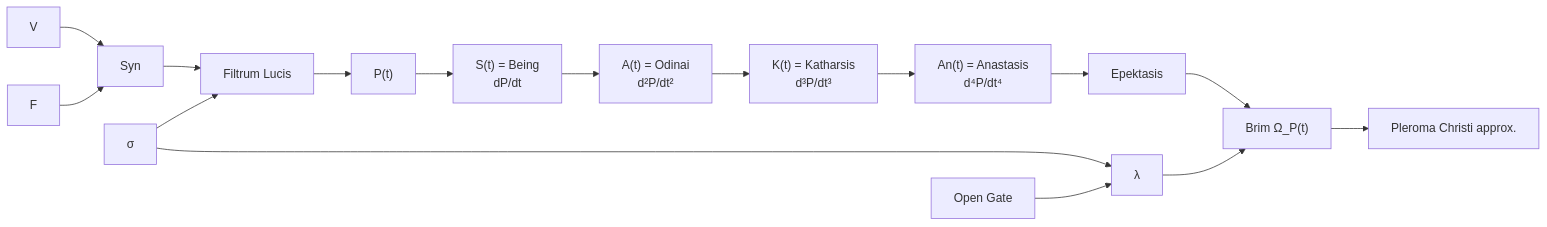
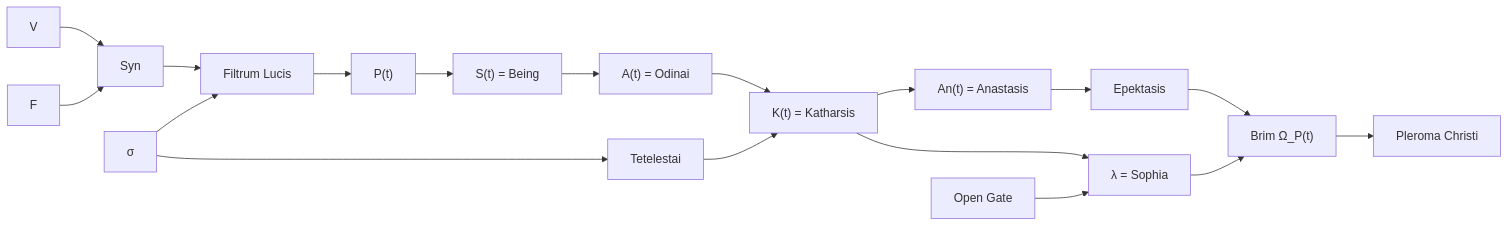
One commit to grunmax/avequ changed the diagram in README.md. Above: the diagram before and after it, drawn with Mermaid.

Commit message:
readme fix

````diff
--- a/README.md
+++ b/README.md
@@ -25,18 +25,23 @@
 ```mermaid
 flowchart LR
     V["V"] --> SY["Syn"]
     F["F"] --> SY
     SY --> FL["Filtrum Lucis"]
     R["σ"] --> FL
-    R --> L["λ"]
-    G["Open Gate"] --> L
+
     FL --> P["P(t)"]
-    P --> S["S(t) = Being<br/>dP/dt"]
-    S --> A["A(t) = Odinai<br/>d²P/dt²"]
-    A --> K["K(t) = Katharsis<br/>d³P/dt³"]
-    K --> AN["An(t) = Anastasis<br/>d⁴P/dt⁴"]
+    P --> S["S(t) = Being"]
+    S --> A["A(t) = Odinai"]
+    A --> K["K(t) = Katharsis"]
+    K --> AN["An(t) = Anastasis"]
     AN --> E["Epektasis"]
     E --> B["Brim Ω_P(t)"]
-    B --> PC["Pleroma Christi approx."]
+    B --> PC["Pleroma Christi"]
+
+    R --> T["Tetelestai"]
+    T --> K
+    K --> L["λ = Sophia"]
+
+    G["Open Gate"] --> L
     L --> B
 ```
````
